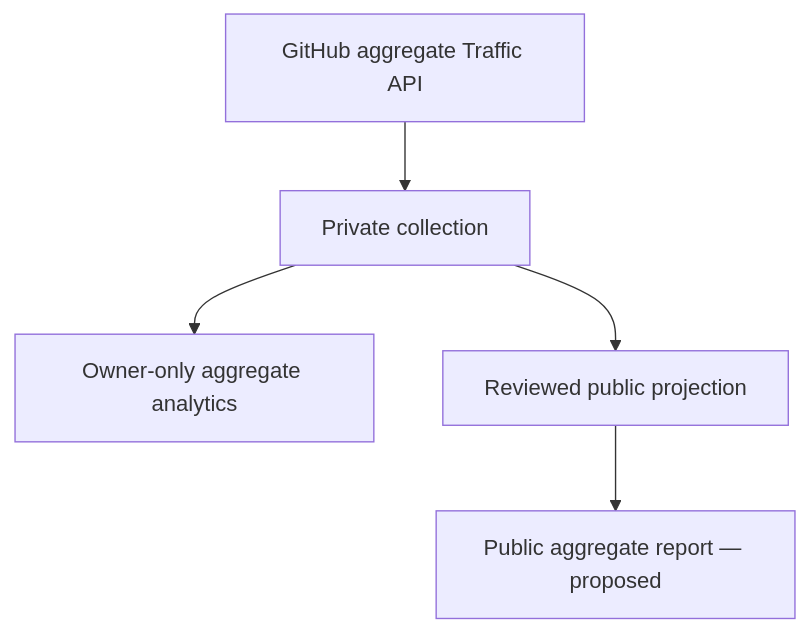
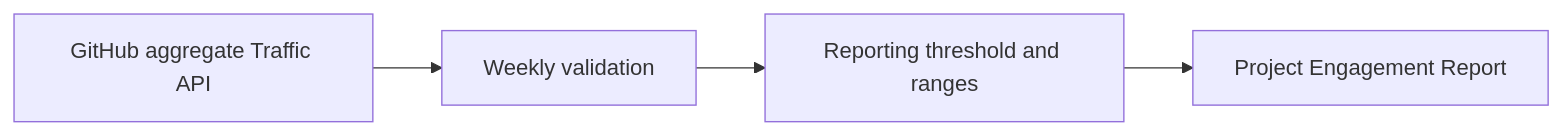
Before and after one commit to edh-project/edh-adr-preflight: the diagram in docs/analytics-methodology.md, drawn with Mermaid. The commit also changed other lines of this file and 6 other files, not shown here.

Commit message:
Publish weekly project engagement report and reporting methodology

````diff
--- a/docs/analytics-methodology.md
+++ b/docs/analytics-methodology.md
@@ -20,7 +16,6 @@
 ```mermaid
-flowchart TD
-  G["GitHub aggregate Traffic API"] --> C["Private collection"]
-  C --> O["Owner-only aggregate analytics"]
-  C --> R["Reviewed public projection"]
-  R --> P["Public aggregate report — proposed"]
+flowchart LR
+  A["GitHub aggregate Traffic API"] --> B["Weekly validation"]
+  B --> C["Reporting threshold and ranges"]
+  C --> D["Project Engagement Report"]
 ```
````
